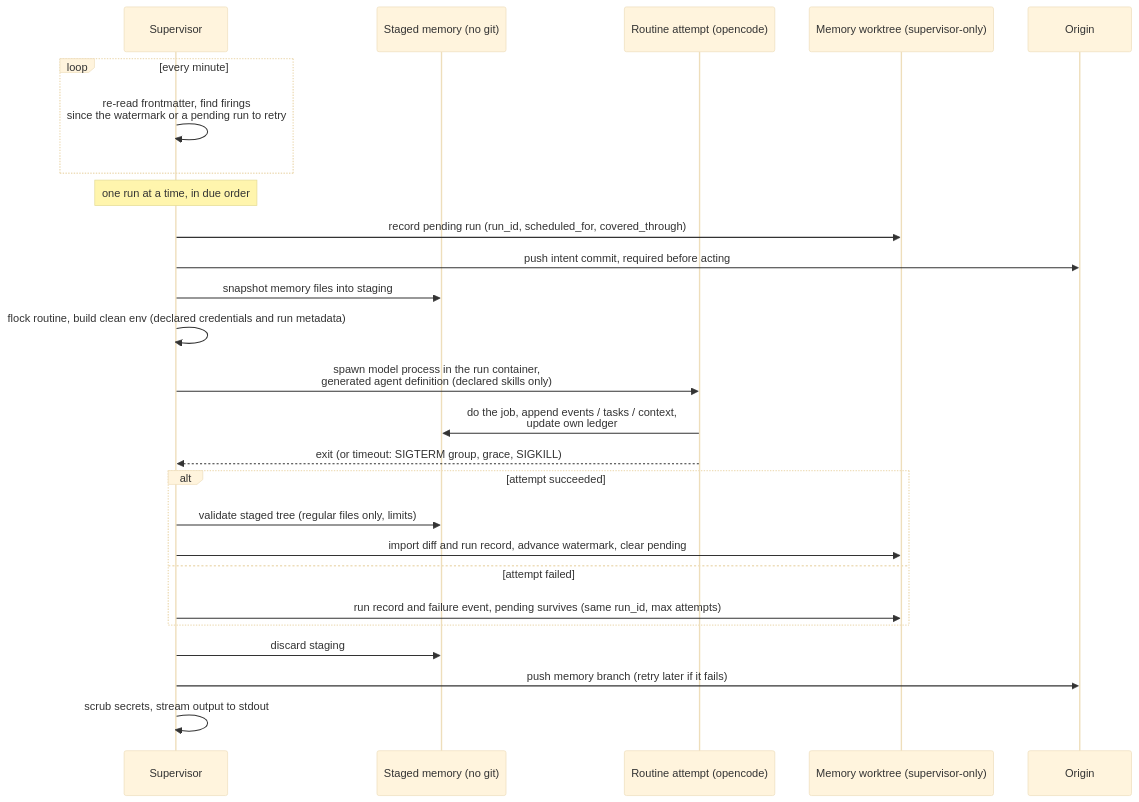
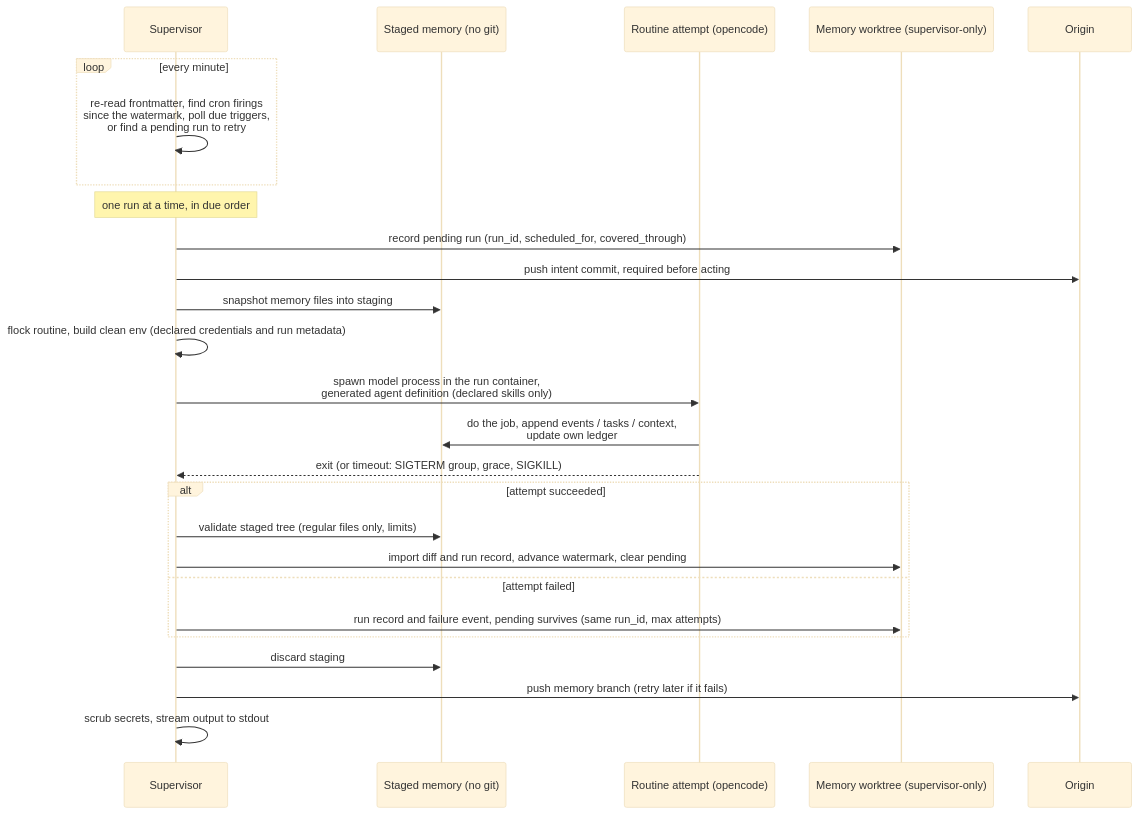
The diagram in DESIGN.md (steadyspacecorp/openroutines), drawn with Mermaid (base theme) before and after one commit. The commit also changed other lines of this file and 11 other files, not shown here.

````diff
--- a/DESIGN.md
+++ b/DESIGN.md
@@ -177,29 +193,29 @@
 ```mermaid
 sequenceDiagram
     participant S as Supervisor
     participant St as Staged memory (no git)
     participant R as Routine attempt (opencode)
     participant W as Memory worktree (supervisor-only)
     participant O as Origin
 
     loop every minute
-        S->>S: re-read frontmatter, find firings<br/>since the watermark or a pending run to retry
+        S->>S: re-read frontmatter, find cron firings<br/>since the watermark, poll due triggers,<br/>or find a pending run to retry
     end
     Note over S: one run at a time, in due order
     S->>W: record pending run (run_id, scheduled_for, covered_through)
     S->>O: push intent commit, required before acting
     S->>St: snapshot memory files into staging
     S->>S: flock routine, build clean env (declared credentials and run metadata)
     S->>R: spawn model process in the run container,<br/>generated agent definition (declared skills only)
     R->>St: do the job, append events / tasks / context,<br/>update own ledger
     R-->>S: exit (or timeout: SIGTERM group, grace, SIGKILL)
     alt attempt succeeded
         S->>St: validate staged tree (regular files only, limits)
         S->>W: import diff and run record, advance watermark, clear pending
     else attempt failed
         S->>W: run record and failure event, pending survives (same run_id, max attempts)
     end
     S->>St: discard staging
     S->>O: push memory branch (retry later if it fails)
     S->>S: scrub secrets, stream output to stdout
 ```
````
